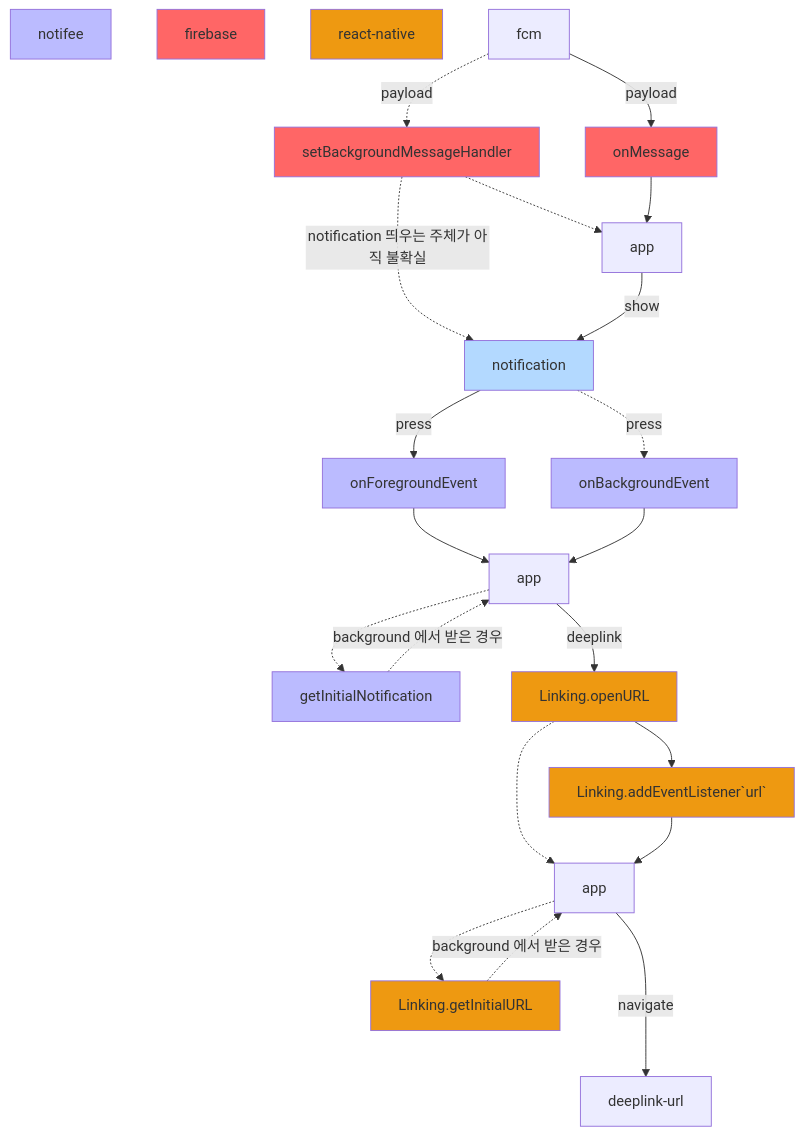
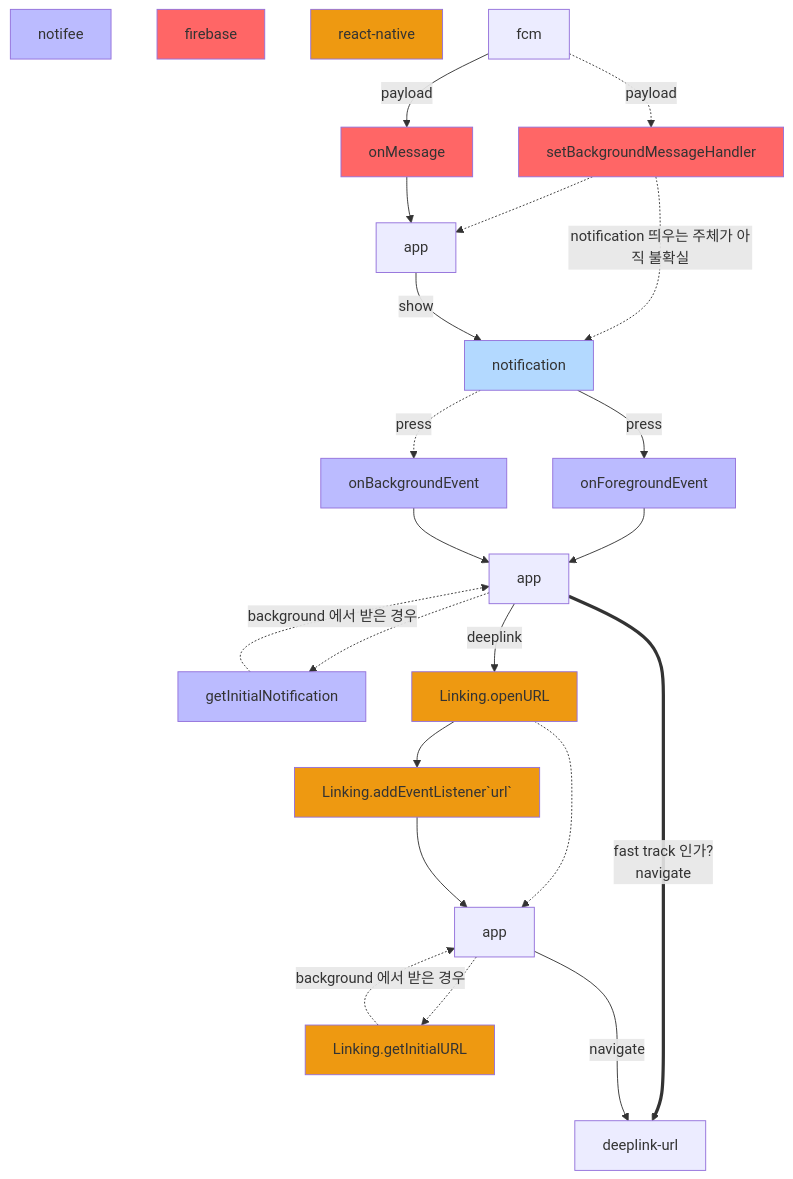
One commit to deptno/public-wiki changed the first of 4 diagrams in push-notification.md. Above: the diagram before and after it, drawn with Mermaid. The commit also changed other lines of this file, not shown here.

````diff
--- a/push-notification.md
+++ b/push-notification.md
@@ -14,43 +14,44 @@
 ```mermaid
 flowchart
   style notifee fill:#bbf
   style firebase fill:#f66
   style react-native fill:#e91
 
   fcm --payload--> onMessage
   fcm -.payload.-> setBackgroundMessageHandler
 
   setBackgroundMessageHandler -.-> app
   setBackgroundMessageHandler -.notification 띄우는 주체가 아직 불확실.-> notification
   onMessage --> app
 
   app --show--> notification
   notification --press--> onForegroundEvent
   notification -.press.-> onBackgroundEvent
 
   onForegroundEvent --> app2[app]
   onBackgroundEvent --> app2[app]
 
   app2 -.-> getInitialNotification -.background 에서 받은 경우.-> app2 
   app2 --deeplink--> Linking.openURL
+  app2 ==fast track 인가?\nnavigate==> deeplink-url
 
   Linking.openURL --> Linking.addEventListener`url`
   Linking.openURL -.-> app3[app]
 
   Linking.addEventListener`url` --> app3[app]
   app3 -.-> Linking.getInitialURL -.background 에서 받은 경우.-> app3[app]
 
   app3 --navigate---> deeplink-url
 
   style notification fill:#b3d9ff
   style onForegroundEvent fill:#bbf
   style onBackgroundEvent fill:#bbf
   style getInitialNotification fill:#bbf
 
   style onMessage fill:#f66
   style setBackgroundMessageHandler fill:#f66
 
   style Linking.openURL fill:#e91
   style Linking.addEventListener`url` fill:#e91
   style Linking.getInitialURL fill:#e91
 ```
````
